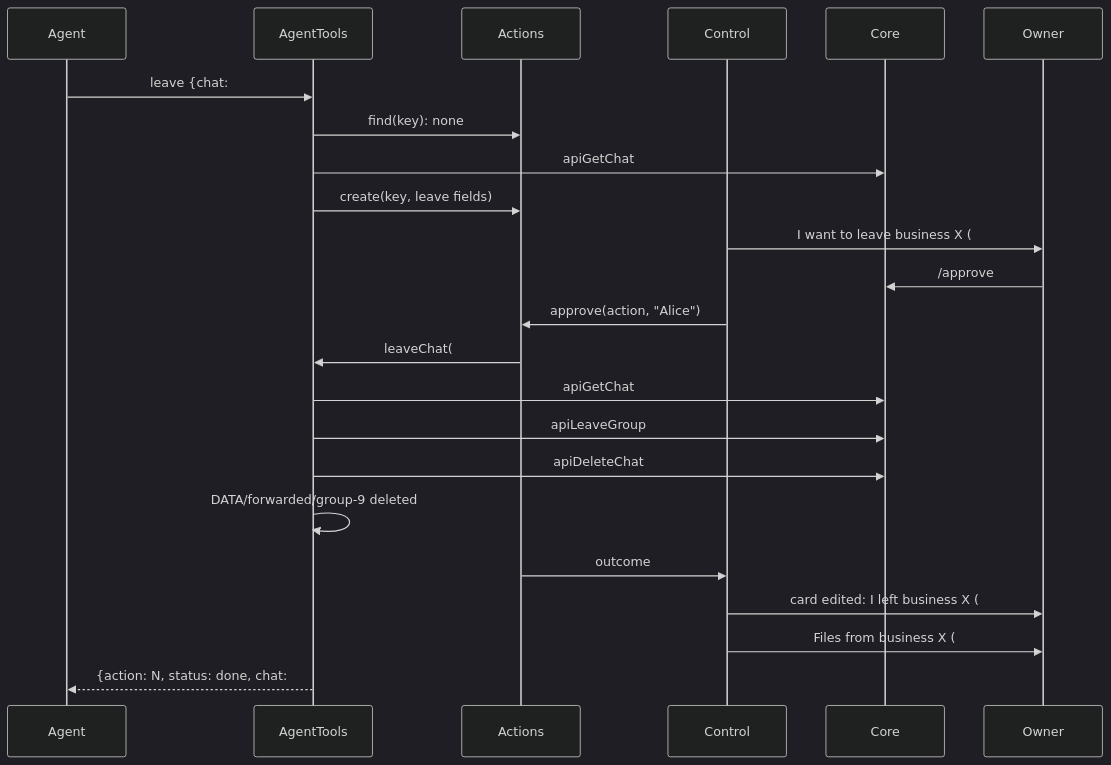
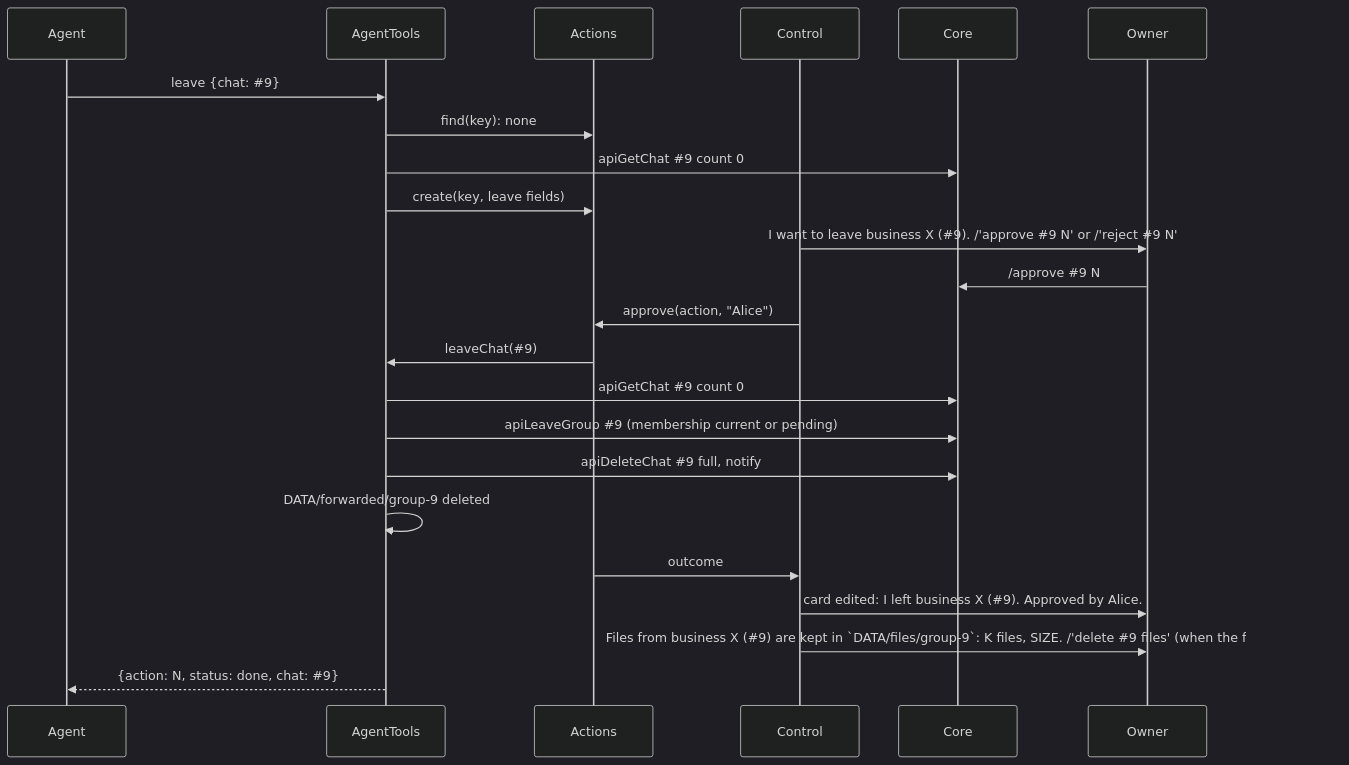
The seventh of 30 diagrams in packages/simplex-chat-mcp/spec/flows.md (simplex-chat/simplex-chat), drawn with Mermaid (dark theme) before and after one commit. The commit also changed other lines of this file and 1 other file, not shown here.

First line of the commit message:
mcp: spec diagrams render whole on GitHub

````diff
--- a/packages/simplex-chat-mcp/spec/flows.md
+++ b/packages/simplex-chat-mcp/spec/flows.md
@@ -350,25 +350,25 @@
 ```mermaid
 sequenceDiagram
   participant A as Agent
   participant T as AgentTools
   participant X as Actions
   participant K as Control
   participant C as Core
   participant O as Owner
-  A->>T: leave {chat: #9}
+  A->>T: leave {chat: #35;9}
   T->>X: find(key): none
-  T->>C: apiGetChat #9 count 0
+  T->>C: apiGetChat #35;9 count 0
   T->>X: create(key, leave fields)
-  K->>O: I want to leave business X (#9). /'approve #9 N' or /'reject #9 N'
-  O->>C: /approve #9 N
+  K->>O: I want to leave business X (#35;9). /'approve #35;9 N' or /'reject #35;9 N'
+  O->>C: /approve #35;9 N
   K->>X: approve(action, "Alice")
-  X->>T: leaveChat(#9)
-  T->>C: apiGetChat #9 count 0
-  T->>C: apiLeaveGroup #9 (membership current or pending)
-  T->>C: apiDeleteChat #9 full, notify
+  X->>T: leaveChat(#35;9)
+  T->>C: apiGetChat #35;9 count 0
+  T->>C: apiLeaveGroup #35;9 (membership current or pending)
+  T->>C: apiDeleteChat #35;9 full, notify
   T->>T: DATA/forwarded/group-9 deleted
   X->>K: outcome
-  K->>O: card edited: I left business X (#9). Approved by Alice.
-  K->>O: Files from business X (#9) are kept in `DATA/files/group-9`: K files, SIZE. /'delete #9 files' (when the folder has files)
-  T-->>A: {action: N, status: done, chat: #9}
+  K->>O: card edited: I left business X (#35;9). Approved by Alice.
+  K->>O: Files from business X (#35;9) are kept in `DATA/files/group-9`: K files, SIZE. /'delete #35;9 files' (when the folder has files)
+  T-->>A: {action: N, status: done, chat: #35;9}
 ```
````
